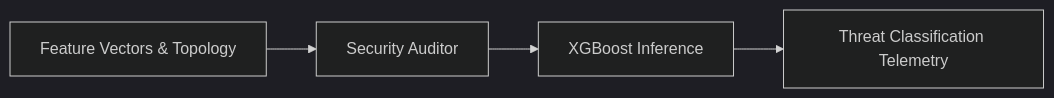
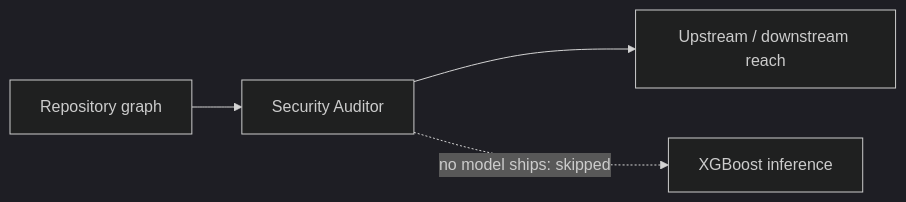
One commit to squid-protocol/gitgalaxy changed the diagram in docs/wiki/02-20-security-auditor.md. Above: the diagram before and after it, drawn with Mermaid (dark theme). The commit also changed other lines of this file and 4 other files, not shown here.

````diff
--- a/docs/wiki/02-20-security-auditor.md
+++ b/docs/wiki/02-20-security-auditor.md
@@ -33,6 +31,6 @@
 ```mermaid
 graph LR
-    A[Feature Vectors & Topology] --> B[Security Auditor]
-    B --> C[XGBoost Inference]
-    C --> D[Threat Classification Telemetry]
+    A[Repository graph] --> B[Security Auditor]
+    B --> C[Upstream / downstream reach]
+    B -.->|no model ships: skipped| D[XGBoost inference]
 ```
````
